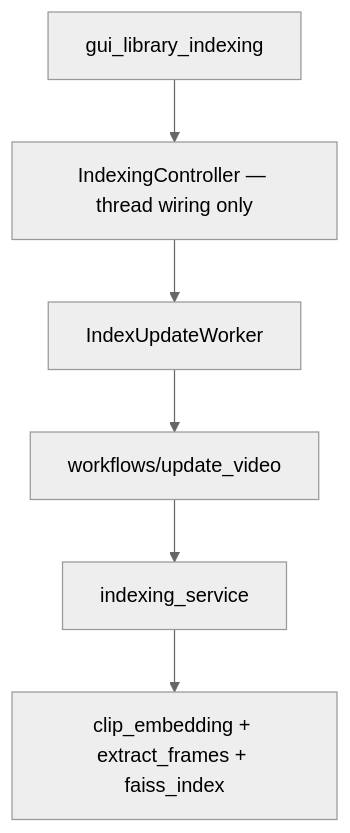
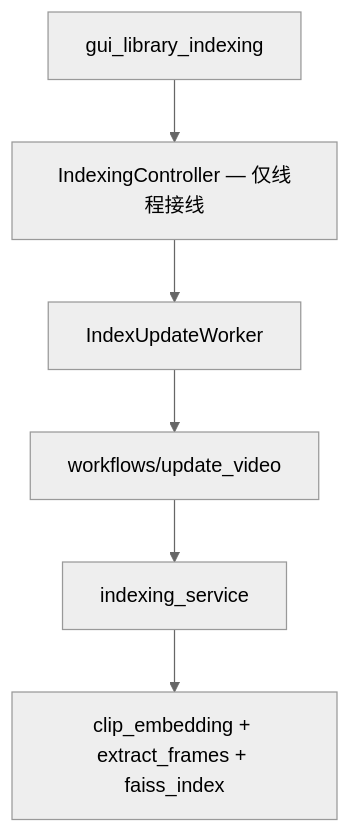
Before and after one commit to 6v17/VideoSeek: the third of 5 diagrams in docs/architecture.md, drawn with Mermaid (neutral theme). The commit also changed other lines of this file, not shown here.

````diff
--- a/docs/architecture.md
+++ b/docs/architecture.md
@@ -69,8 +69,8 @@
 ```mermaid
 flowchart TB
-  GL["gui_library_indexing"] --> IC["IndexingController — thread wiring only"]
+  GL["gui_library_indexing"] --> IC["IndexingController — 仅线程接线"]
   IC --> IW["IndexUpdateWorker"]
   IW --> WF["workflows/update_video"]
   WF --> IS["indexing_service"]
   IS --> CE["clip_embedding + extract_frames + faiss_index"]
 ```
````
